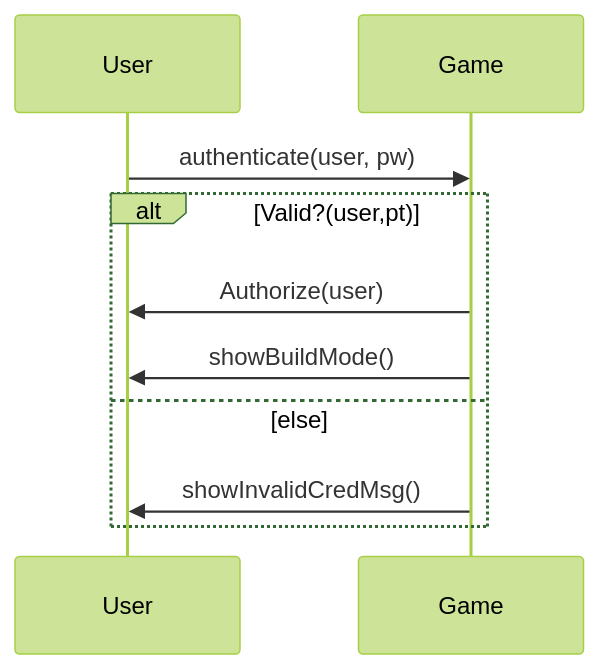
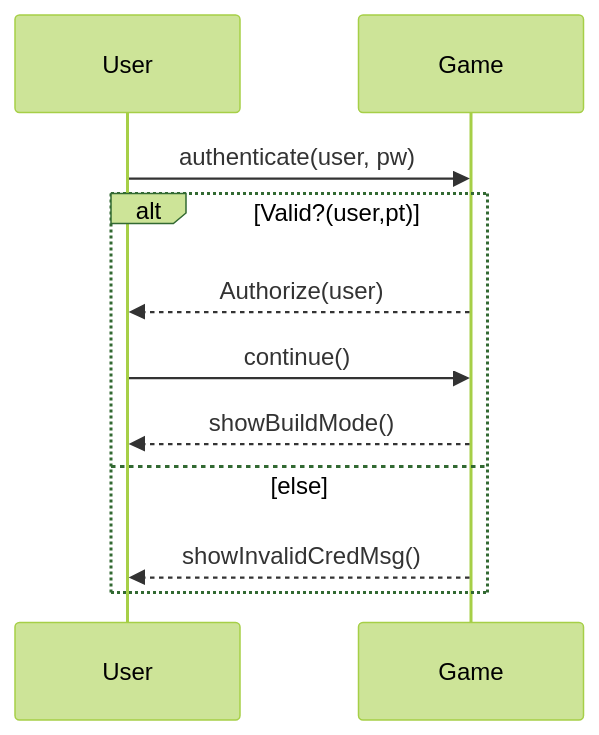
Before and after one commit to Shamdan17/Bricking_Bad: the diagram in system-sequence-diagrams/authenticate.md, drawn with Mermaid (forest theme). The commit also changed 3 other files, not shown here.

````diff
--- a/system-sequence-diagrams/authenticate.md
+++ b/system-sequence-diagrams/authenticate.md
@@ -3,13 +3,14 @@
 ```mermaid
 sequenceDiagram
 participant User
 participant Game
 User->> Game: authenticate(user, pw)
 alt Valid?(user,pt)
-	Game->>User: Authorize(user)
-	Game->>User: showBuildMode()
+	Game-->>User: Authorize(user)
+	User->>Game: continue()
+	Game-->>User: showBuildMode()
 else else
-	Game->>User: showInvalidCredMsg()
+	Game-->>User: showInvalidCredMsg()
 end
 
 ```
````
